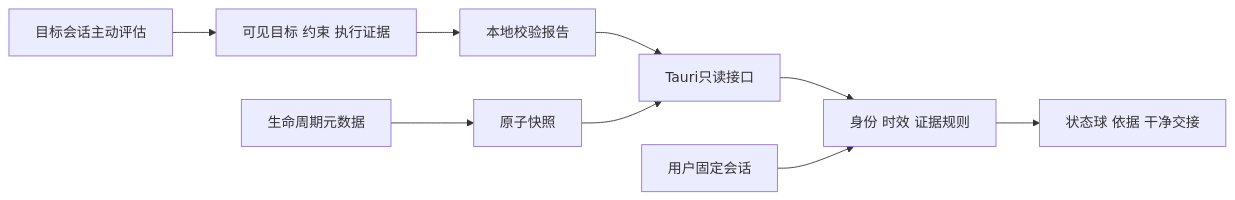
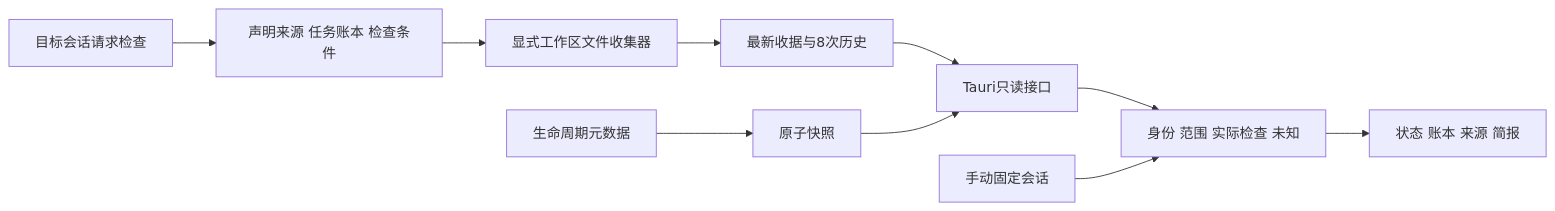
The diagram in docs/ARCHITECTURE.md (Arashi3516/codex-context-orb), drawn with Mermaid before and after one commit. The commit also changed other lines of this file and 42 other files, not shown here.

````diff
--- a/docs/ARCHITECTURE.md
+++ b/docs/ARCHITECTURE.md
@@ -7,11 +7,12 @@
 ```mermaid
 flowchart LR
-  User[目标会话主动评估] --> Skill[可见目标 约束 执行证据]
-  Skill --> Store[本地校验报告]
+  User[目标会话请求检查] --> Skill[声明来源 任务账本 检查条件]
+  Skill --> Collector[显式工作区文件收集器]
+  Collector --> Receipts[最新收据与8次历史]
   Hooks[生命周期元数据] --> Events[原子快照]
-  Store --> Reader[Tauri只读接口]
+  Receipts --> Reader[Tauri只读接口]
   Events --> Reader
-  Reader --> Rule[身份 时效 证据规则]
-  Pin[用户固定会话] --> Rule
-  Rule --> Orb[状态球 依据 干净交接]
+  Reader --> Rule[身份 范围 实际检查 未知]
+  Pin[手动固定会话] --> Rule
+  Rule --> Orb[状态 账本 来源 简报]
 ```
````
